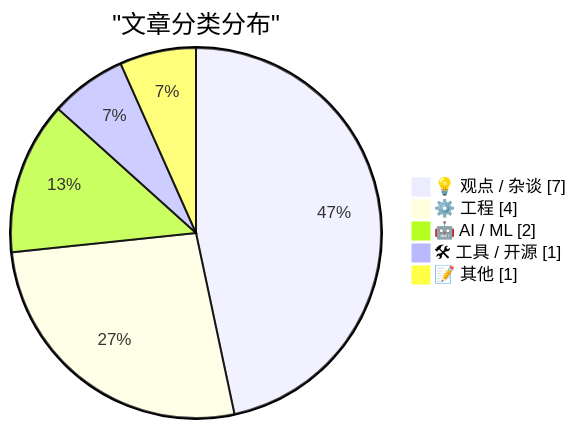
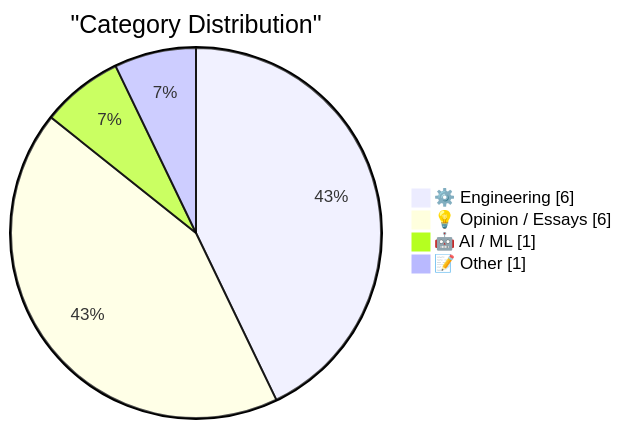
Before and after one commit to sinocikid/sinocikid.github.io: the first of 2 diagrams in _posts/2026-02-19-ai-daily-digest.md, drawn with Mermaid. The commit also changed other lines of this file, not shown here.

````diff
--- a/_posts/2026-02-19-ai-daily-digest.md
+++ b/_posts/2026-02-19-ai-daily-digest.md
@@ -59,9 +59,8 @@
 ```mermaid
 pie showData
-    title "文章分类分布"
-    "💡 观点 / 杂谈" : 7
-    "⚙️ 工程" : 4
-    "🤖 AI / ML" : 2
-    "🛠 工具 / 开源" : 1
-    "📝 其他" : 1
+    title "Category Distribution"
+    "⚙️ Engineering" : 6
+    "💡 Opinion / Essays" : 6
+    "🤖 AI / ML" : 1
+    "📝 Other" : 1
 ```
````
